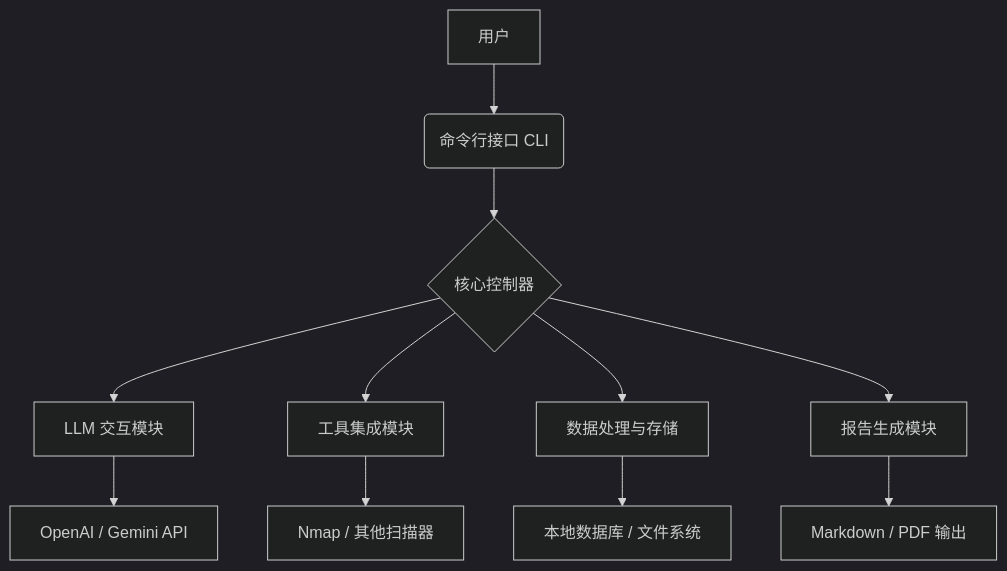
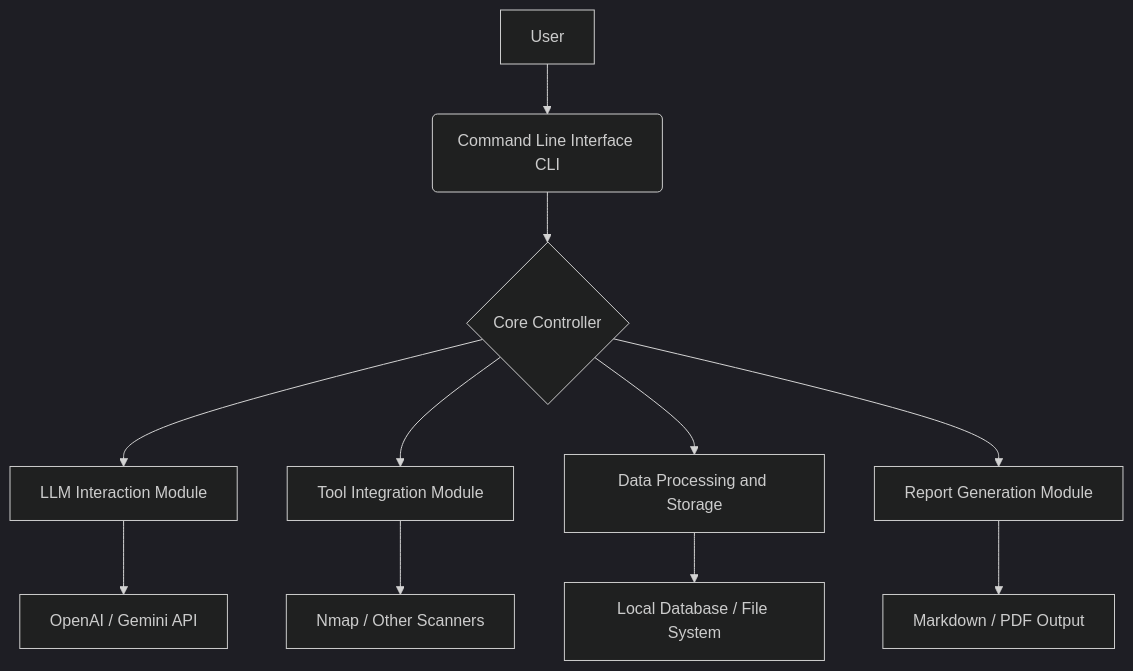
The diagram in docs/architecture.md (ADA-XiaoYao/ShadowLogic), drawn with Mermaid (dark theme) before and after one commit. The commit also changed other lines of this file and 22 other files, not shown here.

````diff
--- a/docs/architecture.md
+++ b/docs/architecture.md
@@ -39,13 +39,13 @@
 ```mermaid
 graph TD
-    A[用户] --> B(命令行接口 CLI)
-    B --> C{核心控制器}
-    C --> D[LLM 交互模块]
-    C --> E[工具集成模块]
-    C --> F[数据处理与存储]
-    C --> G[报告生成模块]
+    A[User] --> B(Command Line Interface CLI)
+    B --> C{Core Controller}
+    C --> D[LLM Interaction Module]
+    C --> E[Tool Integration Module]
+    C --> F[Data Processing and Storage]
+    C --> G[Report Generation Module]
     D --> H[OpenAI / Gemini API]
-    E --> I[Nmap / 其他扫描器]
-    F --> J[本地数据库 / 文件系统]
-    G --> K[Markdown / PDF 输出]
+    E --> I[Nmap / Other Scanners]
+    F --> J[Local Database / File System]
+    G --> K[Markdown / PDF Output]
 ```
````
